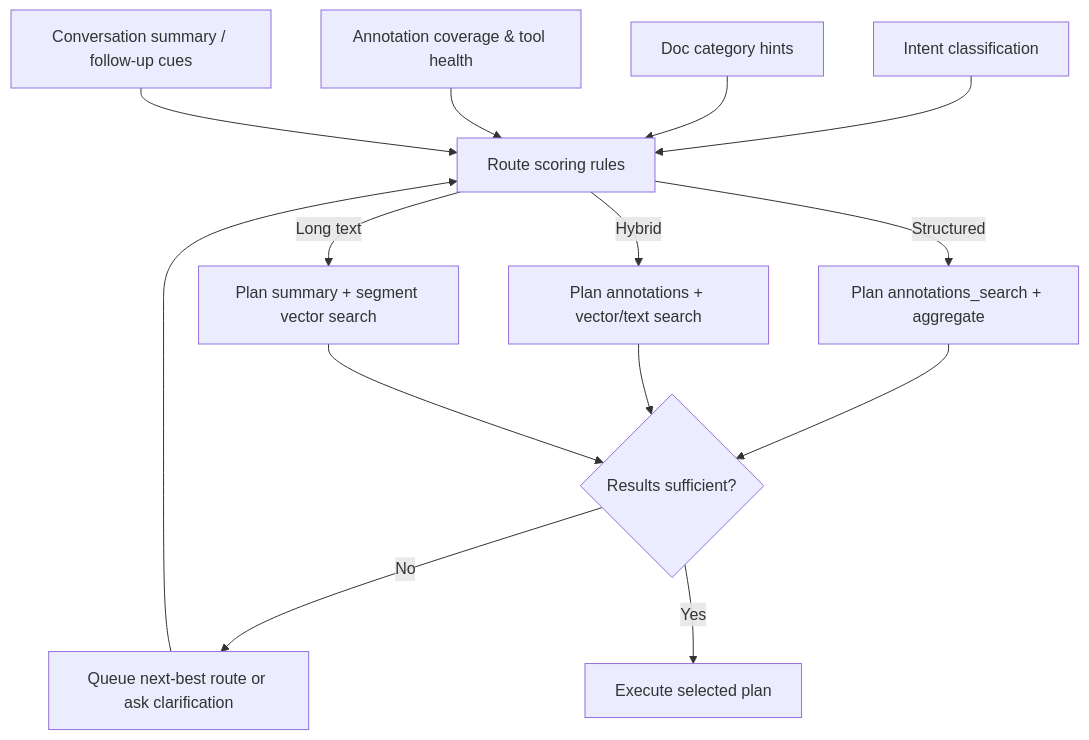
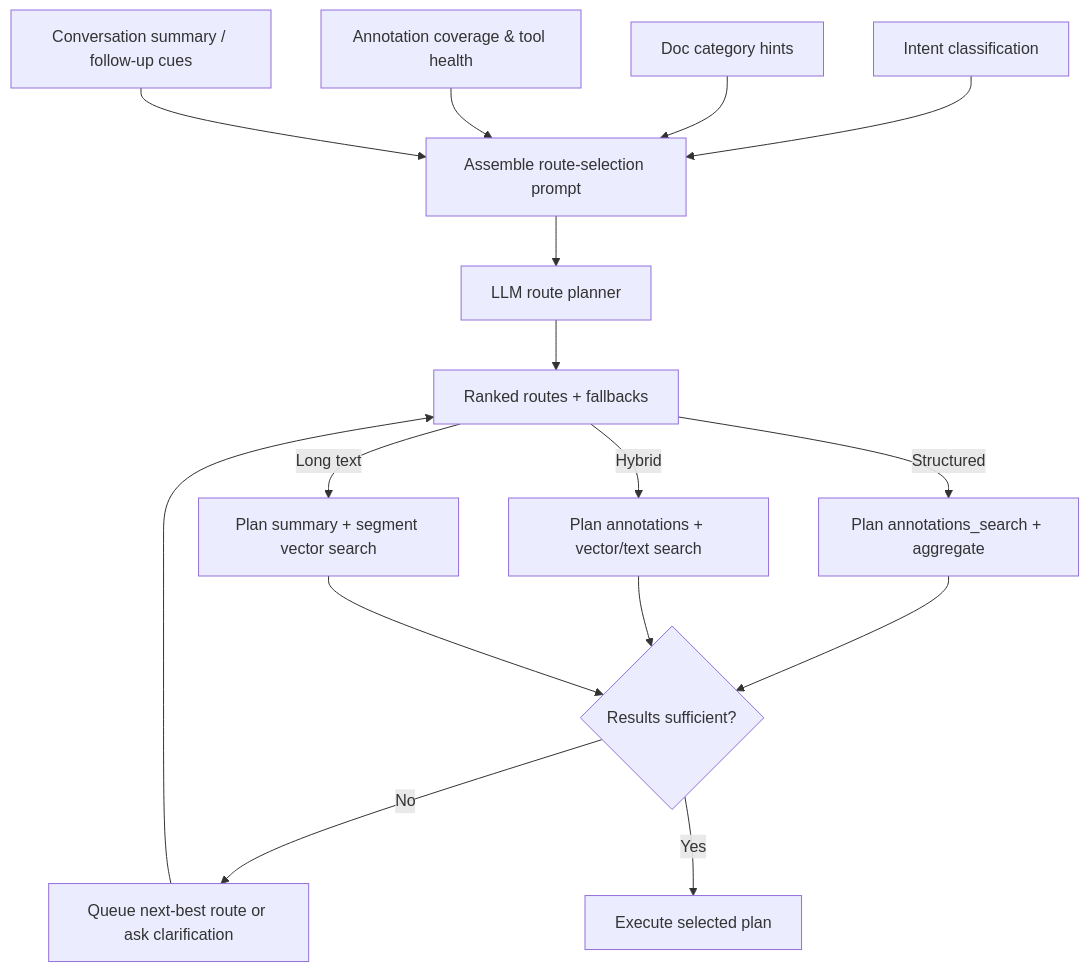
The second of 3 diagrams in docs/architecture/rag_workflow.md (nobody-qwert/zzz_rag_xxx), drawn with Mermaid before and after one commit. The commit also changed other lines of this file, not shown here.

````diff
--- a/docs/architecture/rag_workflow.md
+++ b/docs/architecture/rag_workflow.md
@@ -76,24 +78,27 @@
 ```mermaid
 flowchart TD
     INTENT[Intent classification]
     CATS[Doc category hints]
     COVERAGE[Annotation coverage & tool health]
     HISTORY[Conversation summary / follow-up cues]
 
-    INTENT --> SCORE[Route scoring rules]
-    CATS --> SCORE
-    COVERAGE --> SCORE
-    HISTORY --> SCORE
+    INTENT --> PROMPT[Assemble route-selection prompt]
+    CATS --> PROMPT
+    COVERAGE --> PROMPT
+    HISTORY --> PROMPT
+
+    PROMPT --> LLM[LLM route planner]
+    LLM --> SCORE[Ranked routes + fallbacks]
 
     SCORE -->|Structured| STRUCT_ROUTE[Plan annotations_search + aggregate]
     SCORE -->|Hybrid| HYBRID_ROUTE[Plan annotations + vector/text search]
     SCORE -->|Long text| LONG_ROUTE[Plan summary + segment vector search]
 
     STRUCT_ROUTE --> CHECK{Results sufficient?}
     HYBRID_ROUTE --> CHECK
     LONG_ROUTE --> CHECK
 
     CHECK -->|No| FALLBACK[Queue next-best route or ask clarification]
     FALLBACK --> SCORE
     CHECK -->|Yes| EXECUTE[Execute selected plan]
 ```
````
